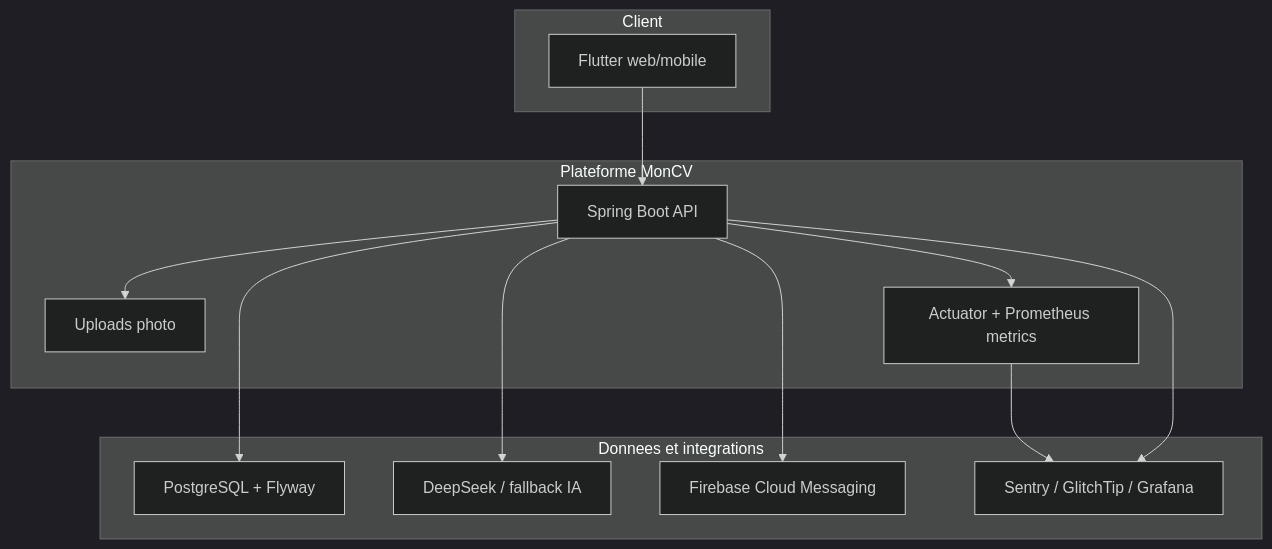
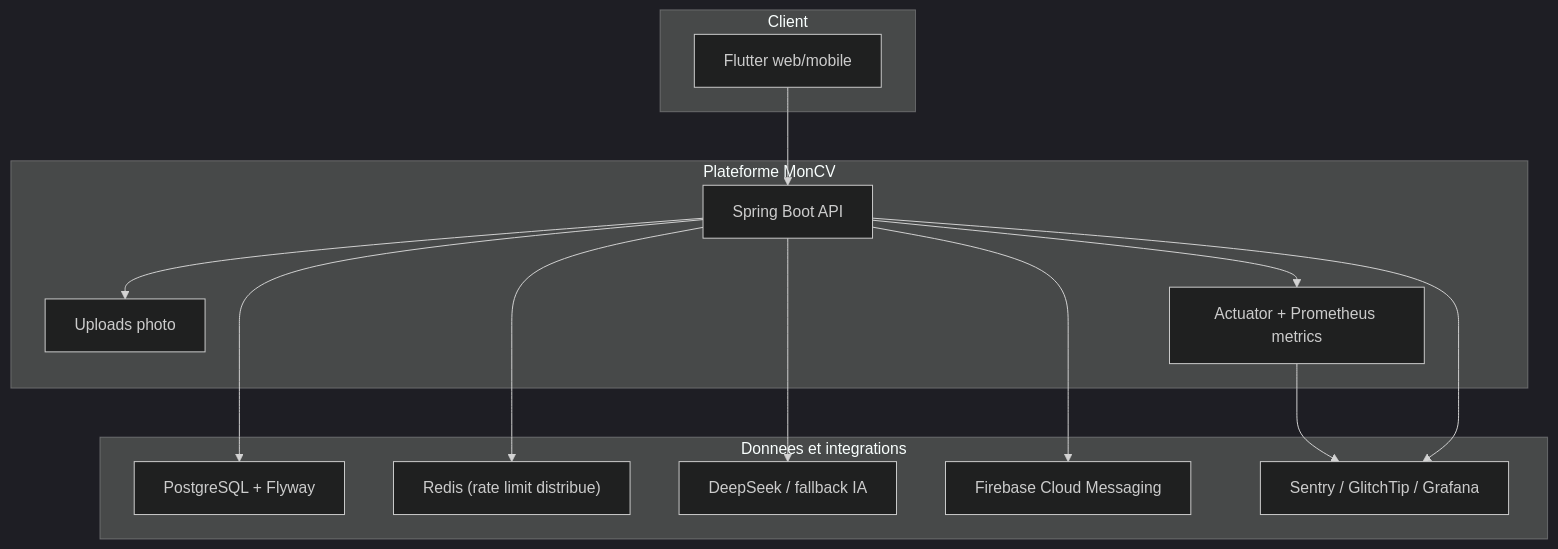
The second of 4 diagrams in docs/ARCHITECTURE.md (ouedraogoissouf2012/monCv), drawn with Mermaid (dark theme) before and after one commit. The commit also changed other lines of this file, not shown here.

First line of the commit message:
docs(architecture): refleter l'architecture livree par l'EPIC #231 (#492)

````diff
--- a/docs/ARCHITECTURE.md
+++ b/docs/ARCHITECTURE.md
@@ -29,28 +35,30 @@
 ```mermaid
 flowchart TB
     subgraph Client["Client"]
         Flutter["Flutter web/mobile"]
     end
 
     subgraph Platform["Plateforme MonCV"]
         Api["Spring Boot API"]
         Uploads["Uploads photo"]
         Metrics["Actuator + Prometheus metrics"]
     end
 
     subgraph Data["Donnees et integrations"]
         Db["PostgreSQL + Flyway"]
+        Redis["Redis (rate limit distribue)"]
         Ai["DeepSeek / fallback IA"]
         Fcm["Firebase Cloud Messaging"]
         Obs["Sentry / GlitchTip / Grafana"]
     end
 
     Flutter --> Api
     Api --> Db
+    Api --> Redis
     Api --> Uploads
     Api --> Ai
     Api --> Fcm
     Api --> Metrics
     Metrics --> Obs
     Api --> Obs
 ```
````
